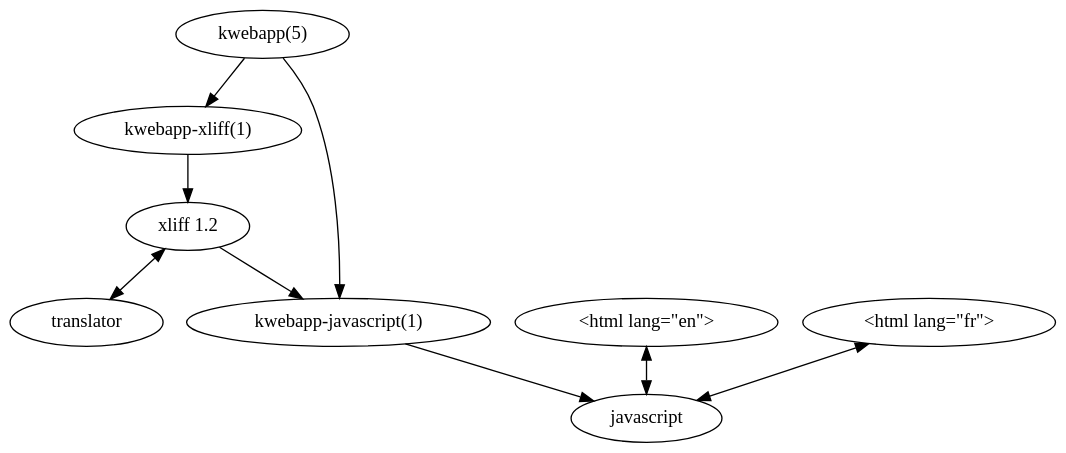
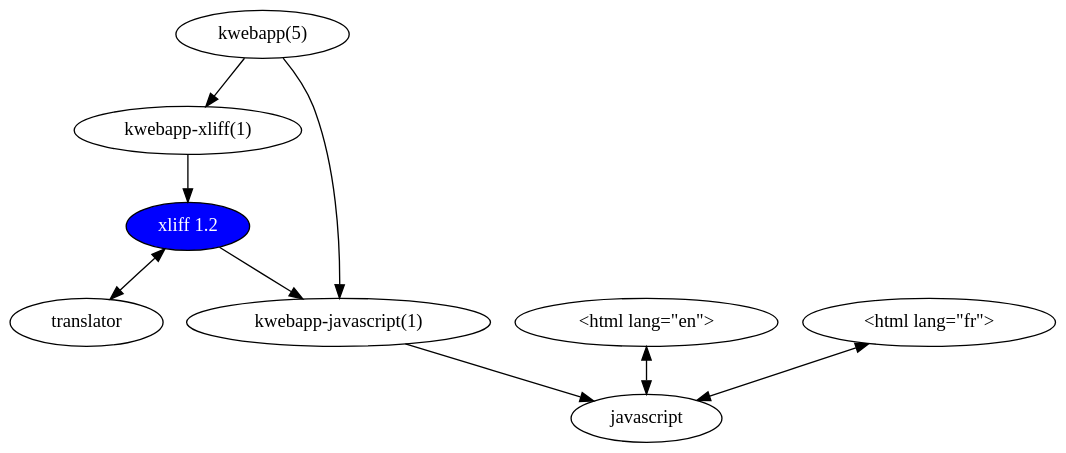
Before and after one commit to kristapsdz/bchs: the diagram in translate-fig1.dot, drawn with Graphviz. The commit also changed 3 other files, not shown here.

```diff
--- a/translate-fig1.dot
+++ b/translate-fig1.dot
@@ -1,18 +1,18 @@
 digraph {
 	bgcolor="transparent";
 
 	config [label="kwebapp(5)"];
 	kxliff [label="kwebapp-xliff(1)"];
-	xliff [label="xliff 1.2"];
+	xliff [label="xliff 1.2", style="filled", fillcolor="blue", fontcolor="white"];
 	config2 [label="kwebapp-javascript(1)"];
 	js [label="javascript"];
 	translator [label="translator"];
 	htmlen [label="<html lang=\"en\">"]
 	htmlfr [label="<html lang=\"fr\">"]
 
 	config -> kxliff -> xliff -> config2 -> js;
 	config -> config2;
 	xliff -> translator[dir="both"];
 	htmlen -> js[dir="both"];
 	htmlfr -> js[dir="both"];
 }
```
